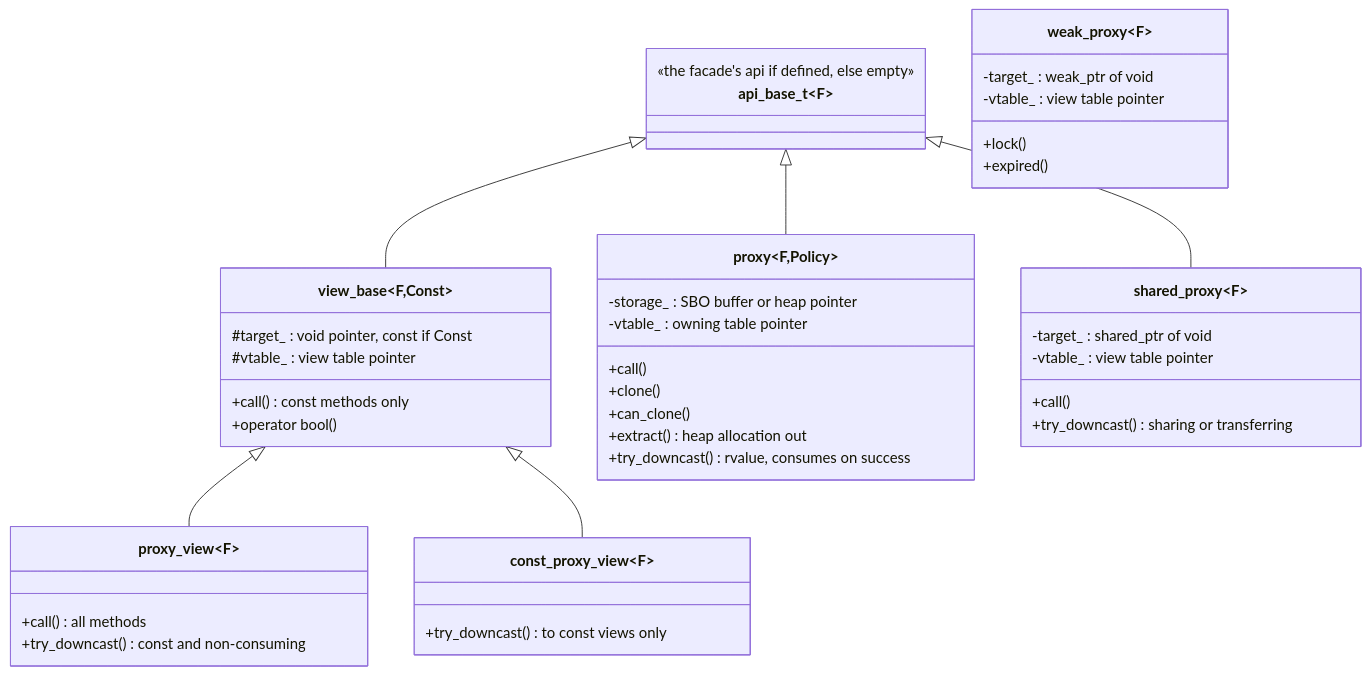
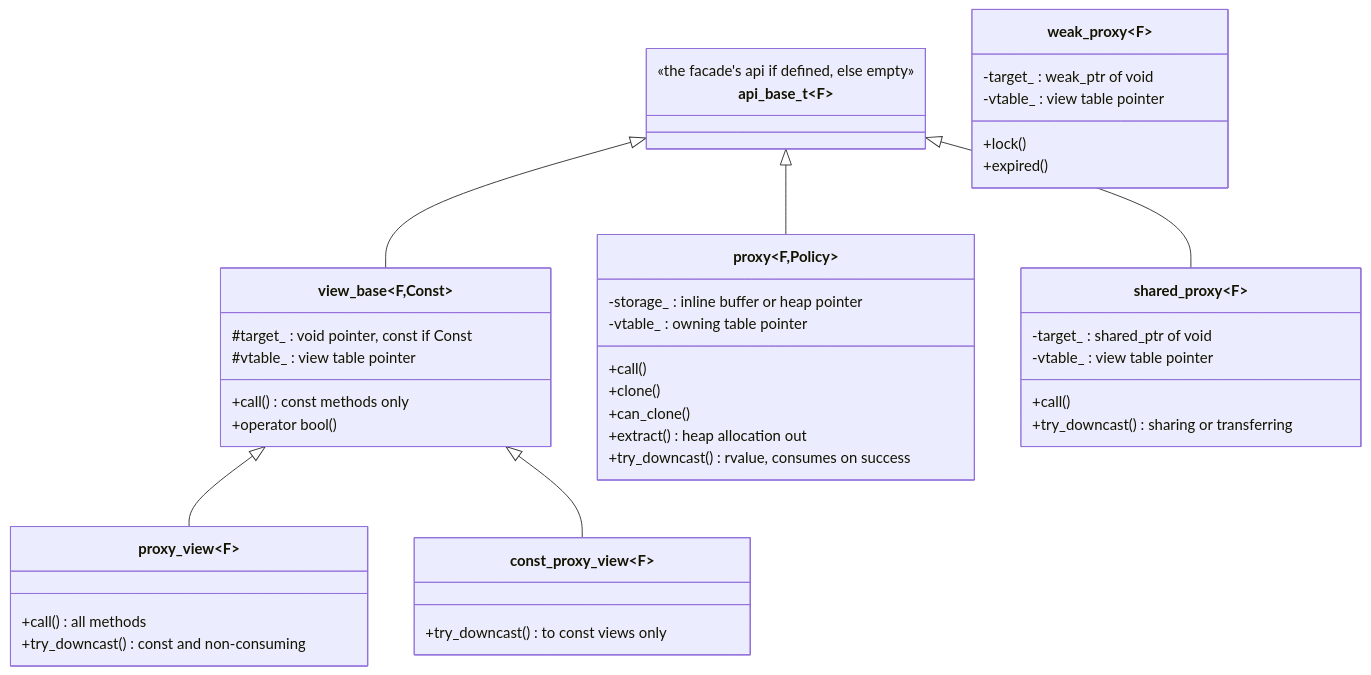
Before and after one commit to stevensudit/Corvid: the second of 8 diagrams in corvid/meta/proxy.md, drawn with Mermaid. The commit also changed other lines of this file and 13 other files, not shown here.

````diff
--- a/corvid/meta/proxy.md
+++ b/corvid/meta/proxy.md
@@ -942,45 +942,45 @@
 ```mermaid
 classDiagram
     class api_base_t~F~ {
         <<the facade's api if defined, else empty>>
     }
     class view_base~F,Const~ {
         #target_ : void pointer, const if Const
         #vtable_ : view table pointer
         +call() const methods only
         +operator bool()
     }
     class proxy_view~F~ {
         +call() all methods
         +try_downcast() const and non-consuming
     }
     class const_proxy_view~F~ {
         +try_downcast() to const views only
     }
     class proxy~F,Policy~ {
-        -storage_ : SBO buffer or heap pointer
+        -storage_ : inline buffer or heap pointer
         -vtable_ : owning table pointer
         +call()
         +clone()
         +can_clone()
         +extract() heap allocation out
         +try_downcast() rvalue, consumes on success
     }
     class shared_proxy~F~ {
         -target_ : shared_ptr of void
         -vtable_ : view table pointer
         +call()
         +try_downcast() sharing or transferring
     }
     class weak_proxy~F~ {
         -target_ : weak_ptr of void
         -vtable_ : view table pointer
         +lock()
         +expired()
     }
     api_base_t <|-- view_base
     view_base <|-- proxy_view
     view_base <|-- const_proxy_view
     api_base_t <|-- proxy
     api_base_t <|-- shared_proxy
 ```
````
